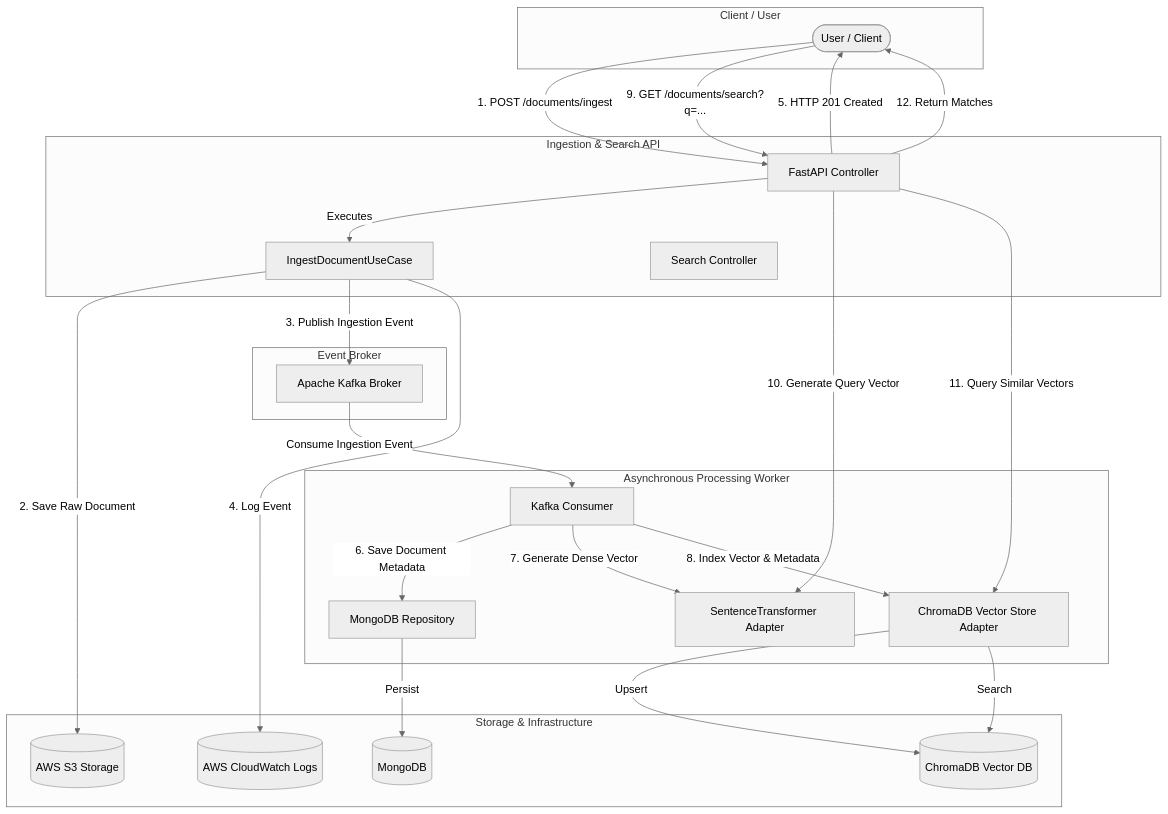
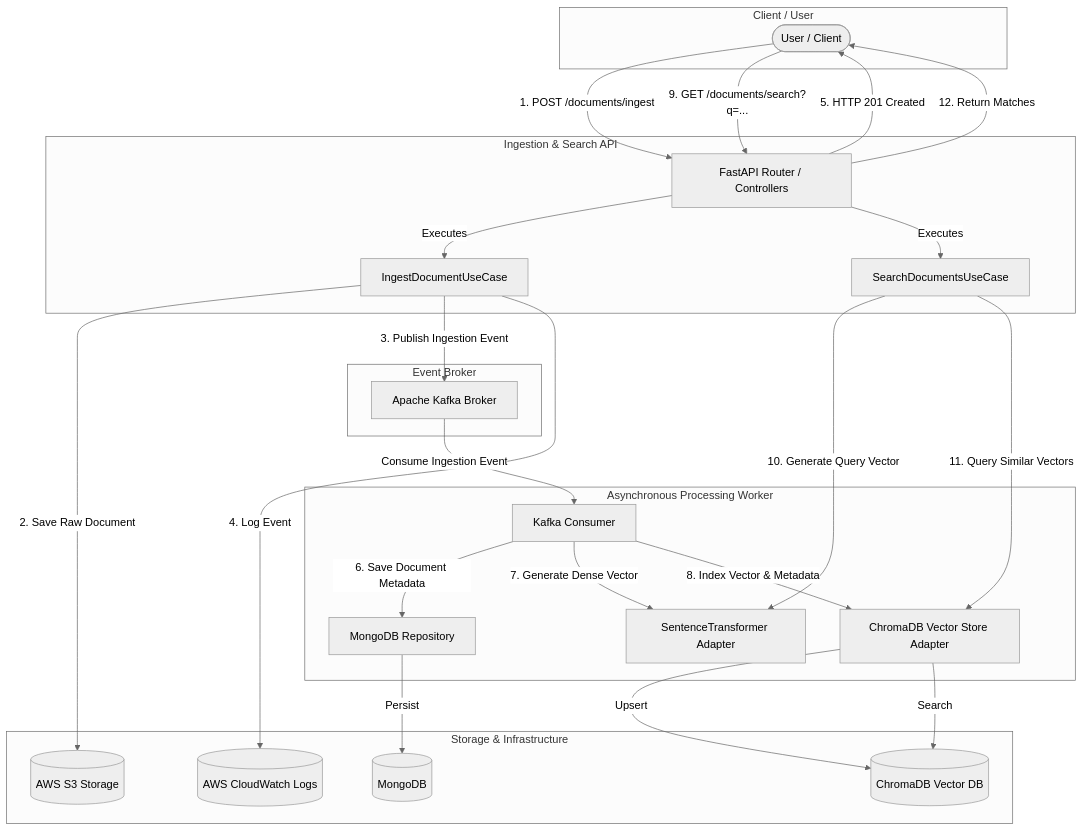
The diagram in README.md (ryan-mant/semantic-search-engine), drawn with Mermaid (neutral theme) before and after one commit.

Commit message:
docs(diagram): update Mermaid architecture diagram to include SearchDocumentsUseCase flow

````diff
--- a/README.md
+++ b/README.md
@@ -26,51 +26,52 @@
 ```mermaid
 graph TD
     subgraph Client / User
         User([User / Client])
     end
 
     subgraph API [Ingestion & Search API]
-        FastAPI[FastAPI Controller]
+        FastAPI[FastAPI Router / Controllers]
         IngestUC[IngestDocumentUseCase]
-        SearchAdapter[Search Controller]
+        SearchUC[SearchDocumentsUseCase]
     end
 
     subgraph Messaging [Event Broker]
         Kafka[Apache Kafka Broker]
     end
 
     subgraph Worker [Asynchronous Processing Worker]
         Consumer[Kafka Consumer]
         ST[SentenceTransformer Adapter]
         MongoRep[MongoDB Repository]
         ChromaStore[ChromaDB Vector Store Adapter]
     end
 
     subgraph Storage [Storage & Infrastructure]
         S3[(AWS S3 Storage)]
         Mongo[(MongoDB)]
         Chroma[(ChromaDB Vector DB)]
         CW[(AWS CloudWatch Logs)]
     end
 
     %% Flows
     User -->|1. POST /documents/ingest| FastAPI
     FastAPI -->|Executes| IngestUC
     IngestUC -->|2. Save Raw Document| S3
     IngestUC -->|3. Publish Ingestion Event| Kafka
     IngestUC -->|4. Log Event| CW
     FastAPI -->|5. HTTP 201 Created| User
 
     Kafka -->|Consume Ingestion Event| Consumer
     Consumer -->|6. Save Document Metadata| MongoRep
     MongoRep -->|Persist| Mongo
     Consumer -->|7. Generate Dense Vector| ST
     Consumer -->|8. Index Vector & Metadata| ChromaStore
     ChromaStore -->|Upsert| Chroma
 
     User -->|9. GET /documents/search?q=...| FastAPI
-    FastAPI -->|10. Generate Query Vector| ST
-    FastAPI -->|11. Query Similar Vectors| ChromaStore
+    FastAPI -->|Executes| SearchUC
+    SearchUC -->|10. Generate Query Vector| ST
+    SearchUC -->|11. Query Similar Vectors| ChromaStore
     ChromaStore -->|Search| Chroma
     FastAPI -->|12. Return Matches| User
 ```
````
